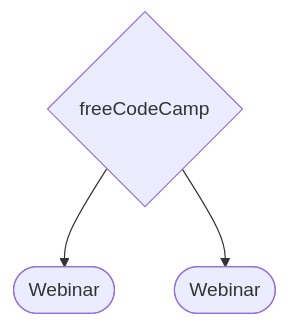
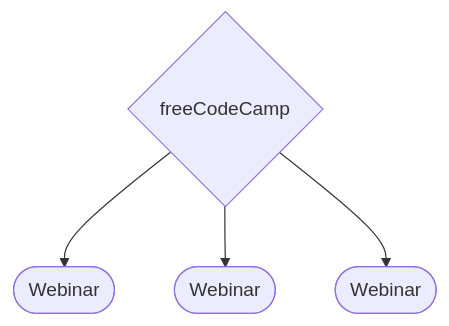
One commit to bazankamil/PersonalRoadmap changed the third of 3 diagrams in README.md. Above: the diagram before and after it, drawn with Mermaid. The commit also changed other lines of this file, not shown here.

````diff
--- a/README.md
+++ b/README.md
@@ -60,5 +62,6 @@
 ```mermaid
 flowchart
 A{freeCodeCamp}-->B([Webinar])
 A-->C([Webinar])
+A-->D([Webinar])
 ```
````
